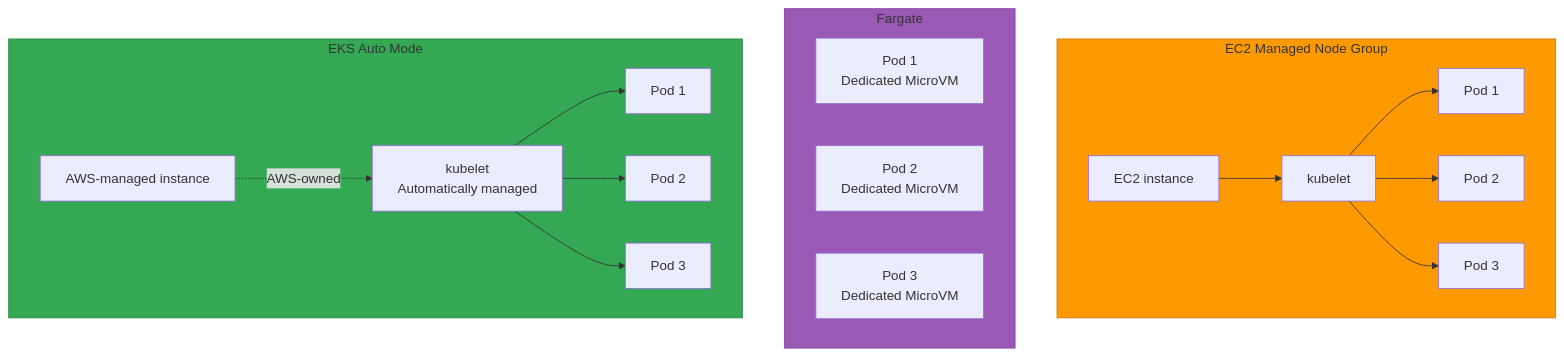
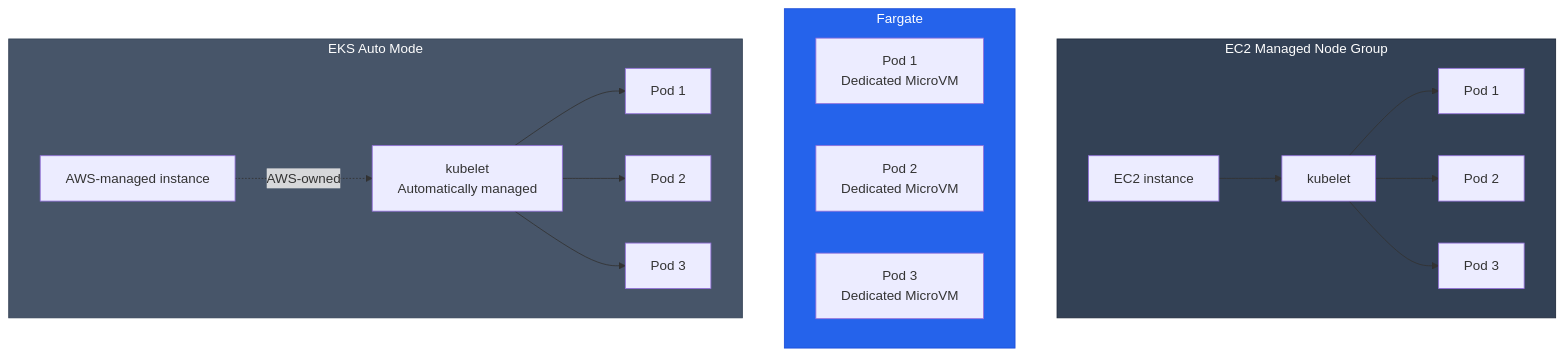
The first of 2 diagrams in i18n/en/docusaurus-plugin-content-docs/current/eks-best-practices/operations-reliability/pod-lifecycle/shutdown-fargate.md (devfloor9/engineering-playbook), drawn with Mermaid before and after one commit. The commit also changed other lines of this file and 2 other files, not shown here.

First line of the commit message:
Correct Fargate lifecycle and observability guidance

````diff
--- a/i18n/en/docusaurus-plugin-content-docs/current/eks-best-practices/operations-reliability/pod-lifecycle/shutdown-fargate.md
+++ b/i18n/en/docusaurus-plugin-content-docs/current/eks-best-practices/operations-reliability/pod-lifecycle/shutdown-fargate.md
@@ -27,38 +27,38 @@
 ```mermaid
 flowchart TB
     subgraph EC2["EC2 Managed Node Group"]
         EC2Node[EC2 instance]
         EC2Kubelet[kubelet]
         EC2Pod1[Pod 1]
         EC2Pod2[Pod 2]
         EC2Pod3[Pod 3]
 
         EC2Node --> EC2Kubelet
         EC2Kubelet --> EC2Pod1
         EC2Kubelet --> EC2Pod2
         EC2Kubelet --> EC2Pod3
     end
 
     subgraph Fargate["Fargate"]
         FGPod1[Pod 1<br/>Dedicated MicroVM]
         FGPod2[Pod 2<br/>Dedicated MicroVM]
         FGPod3[Pod 3<br/>Dedicated MicroVM]
     end
 
     subgraph AutoMode["EKS Auto Mode"]
         AutoNode[AWS-managed instance]
         AutoKubelet[kubelet<br/>Automatically managed]
         AutoPod1[Pod 1]
         AutoPod2[Pod 2]
         AutoPod3[Pod 3]
 
         AutoNode -.->|AWS-owned| AutoKubelet
         AutoKubelet --> AutoPod1
         AutoKubelet --> AutoPod2
         AutoKubelet --> AutoPod3
     end
 
-    style EC2 fill:#ff9900,stroke:#cc7a00
-    style Fargate fill:#9b59b6,stroke:#7d3c98
-    style AutoMode fill:#34a853,stroke:#2a8642
+    style EC2 fill:#334155,stroke:#1e293b,color:#fff
+    style Fargate fill:#2563eb,stroke:#1d4ed8,color:#fff
+    style AutoMode fill:#475569,stroke:#334155,color:#fff
 ```
````
